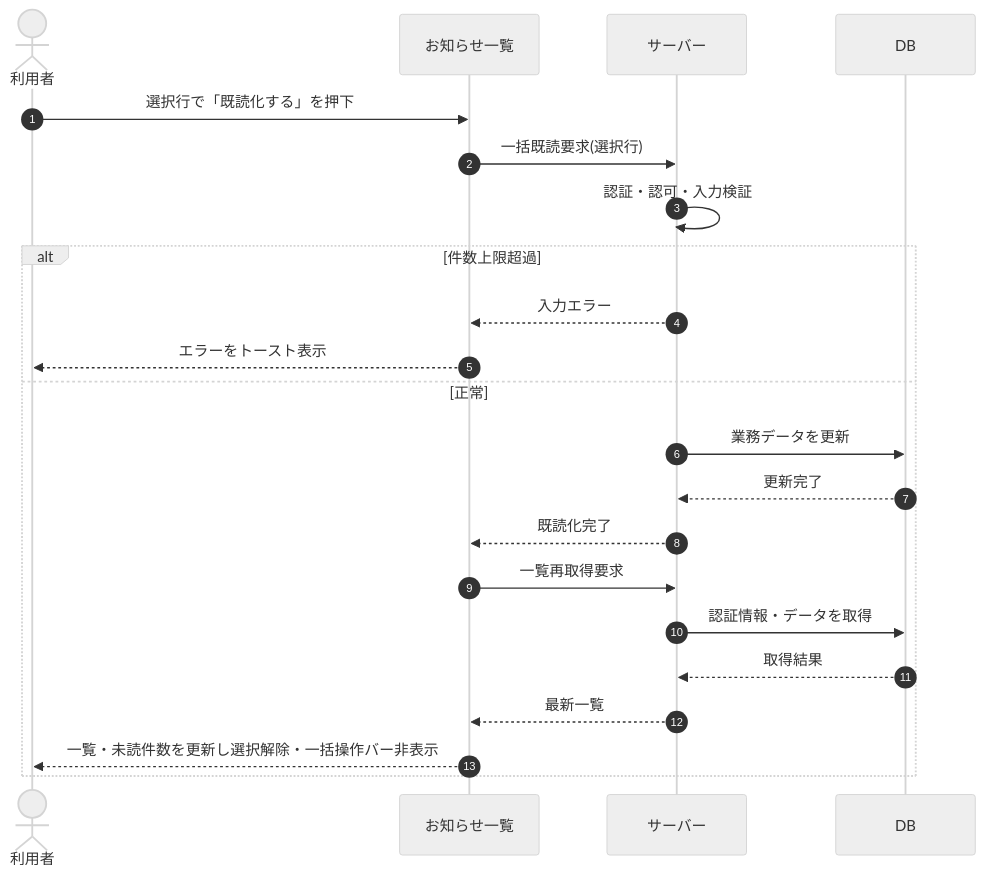
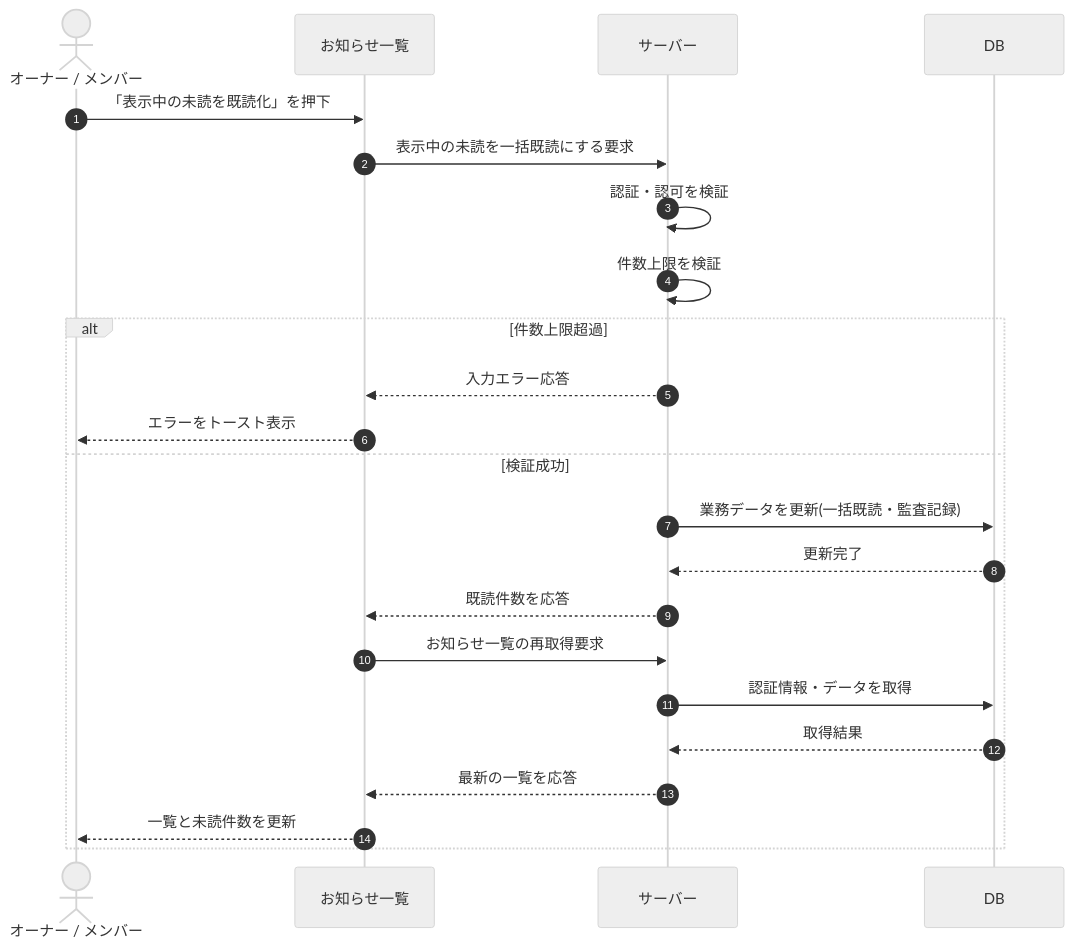
One commit to sikakou54/open-faq changed the diagram in 02_basic_design/03_sequences/SEQ-059.md. Above: the diagram before and after it, drawn with Mermaid (neutral theme). The commit also changed other lines of this file and 395 other files, not shown here.

````diff
--- a/02_basic_design/03_sequences/SEQ-059.md
+++ b/02_basic_design/03_sequences/SEQ-059.md
@@ -25,24 +25,25 @@
 ```mermaid
 sequenceDiagram
   autonumber
-  actor U as 利用者
+  actor U as オーナー / メンバー
   participant Screen as お知らせ一覧
   participant Server as サーバー
   participant DB as DB
-  U->>Screen: 選択行で「既読化する」を押下
-  Screen->>Server: 一括既読要求(選択行)
-  Server->>Server: 認証・認可・入力検証
+  U->>Screen: 「表示中の未読を既読化」を押下
+  Screen->>Server: 表示中の未読を一括既読にする要求
+  Server->>Server: 認証・認可を検証
+  Server->>Server: 件数上限を検証
   alt 件数上限超過
-    Server-->>Screen: 入力エラー
+    Server-->>Screen: 入力エラー応答
     Screen-->>U: エラーをトースト表示
-  else 正常
-    Server->>DB: 業務データを更新
+  else 検証成功
+    Server->>DB: 業務データを更新(一括既読・監査記録)
     DB-->>Server: 更新完了
-    Server-->>Screen: 既読化完了
-    Screen->>Server: 一覧再取得要求
+    Server-->>Screen: 既読件数を応答
+    Screen->>Server: お知らせ一覧の再取得要求
     Server->>DB: 認証情報・データを取得
     DB-->>Server: 取得結果
-    Server-->>Screen: 最新一覧
-    Screen-->>U: 一覧・未読件数を更新し選択解除・一括操作バー非表示
+    Server-->>Screen: 最新の一覧を応答
+    Screen-->>U: 一覧と未読件数を更新
   end
 ```
````
